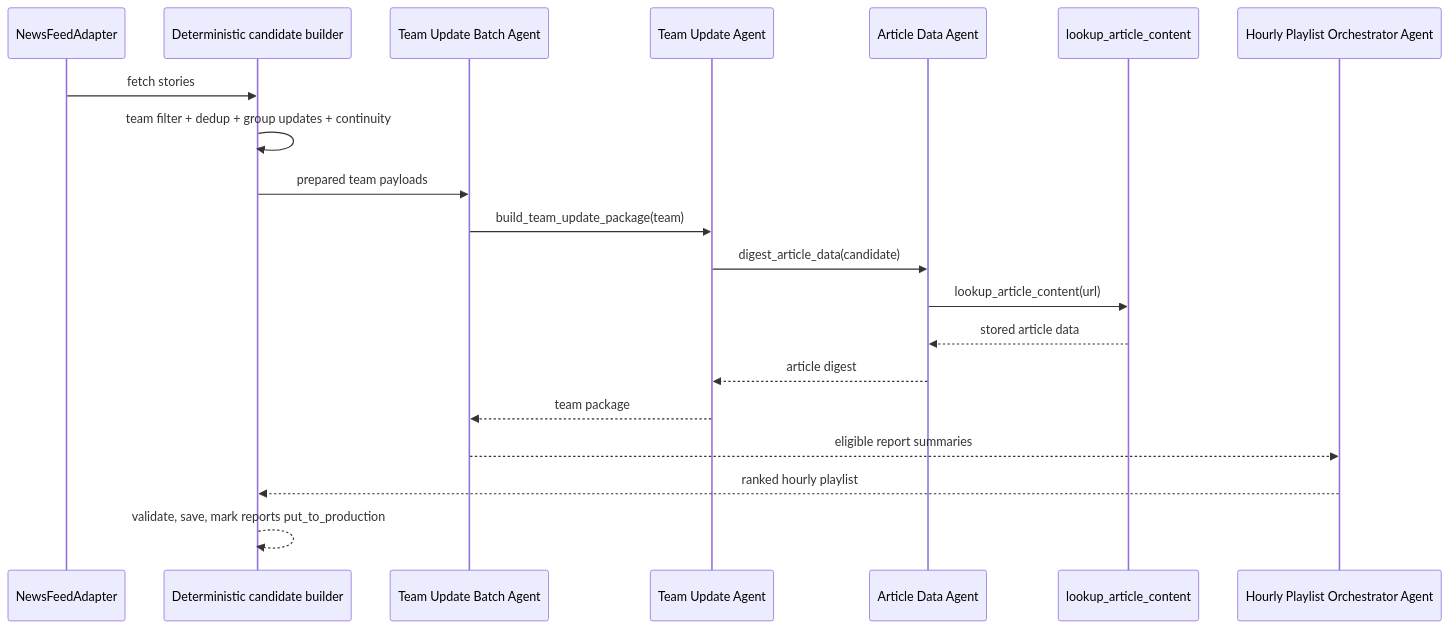
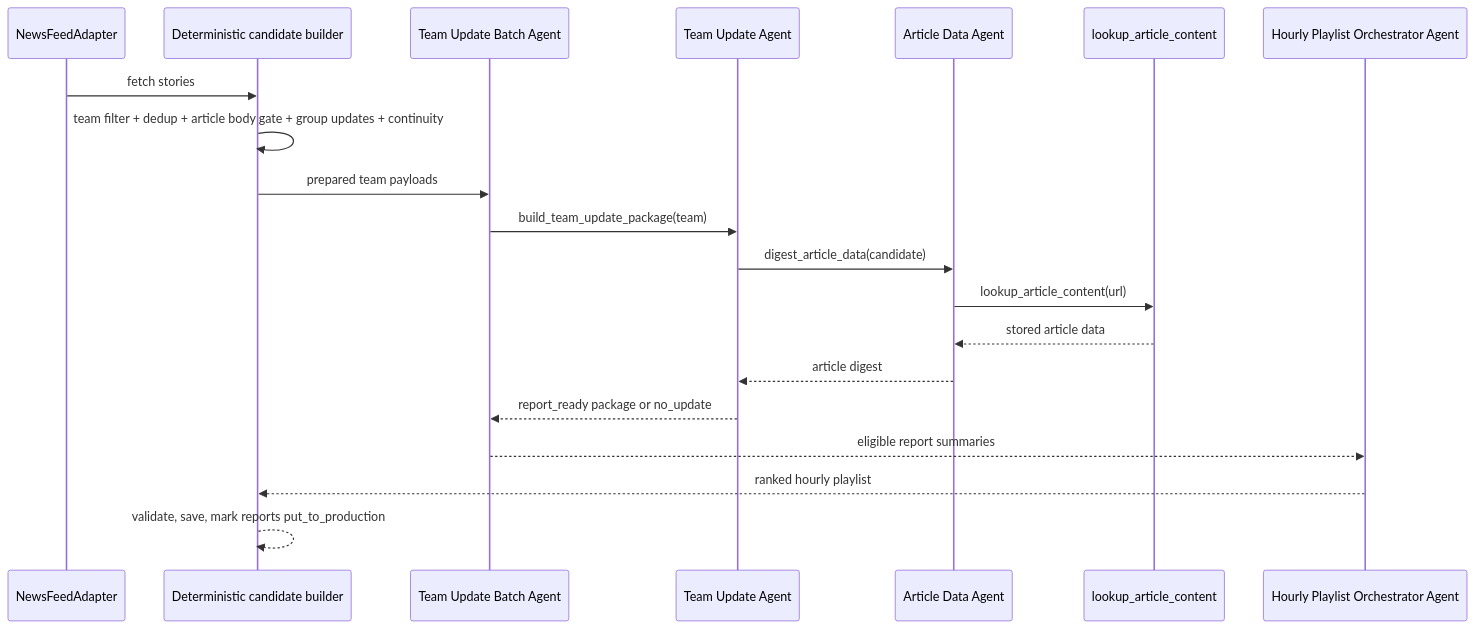
The fifth of 6 diagrams in agents_doc.md (BigSlikTobi/t4L_agency), drawn with Mermaid before and after one commit. The commit also changed other lines of this file and 13 other files, not shown here.

````diff
--- a/agents_doc.md
+++ b/agents_doc.md
@@ -477,23 +485,23 @@
 ```mermaid
 sequenceDiagram
     participant NF as NewsFeedAdapter
     participant DET as Deterministic candidate builder
     participant TUB as Team Update Batch Agent
     participant TU as Team Update Agent
     participant AD as Article Data Agent
     participant LU as lookup_article_content
     participant HPO as Hourly Playlist Orchestrator Agent
 
     NF->>DET: fetch stories
-    DET->>DET: team filter + dedup + group updates + continuity
+    DET->>DET: team filter + dedup + article body gate + group updates + continuity
     DET->>TUB: prepared team payloads
     TUB->>TU: build_team_update_package(team)
     TU->>AD: digest_article_data(candidate)
     AD->>LU: lookup_article_content(url)
     LU-->>AD: stored article data
     AD-->>TU: article digest
-    TU-->>TUB: team package
+    TU-->>TUB: report_ready package or no_update
     TUB-->>HPO: eligible report summaries
     HPO-->>DET: ranked hourly playlist
     DET-->>DET: validate, save, mark reports put_to_production
 ```
````
